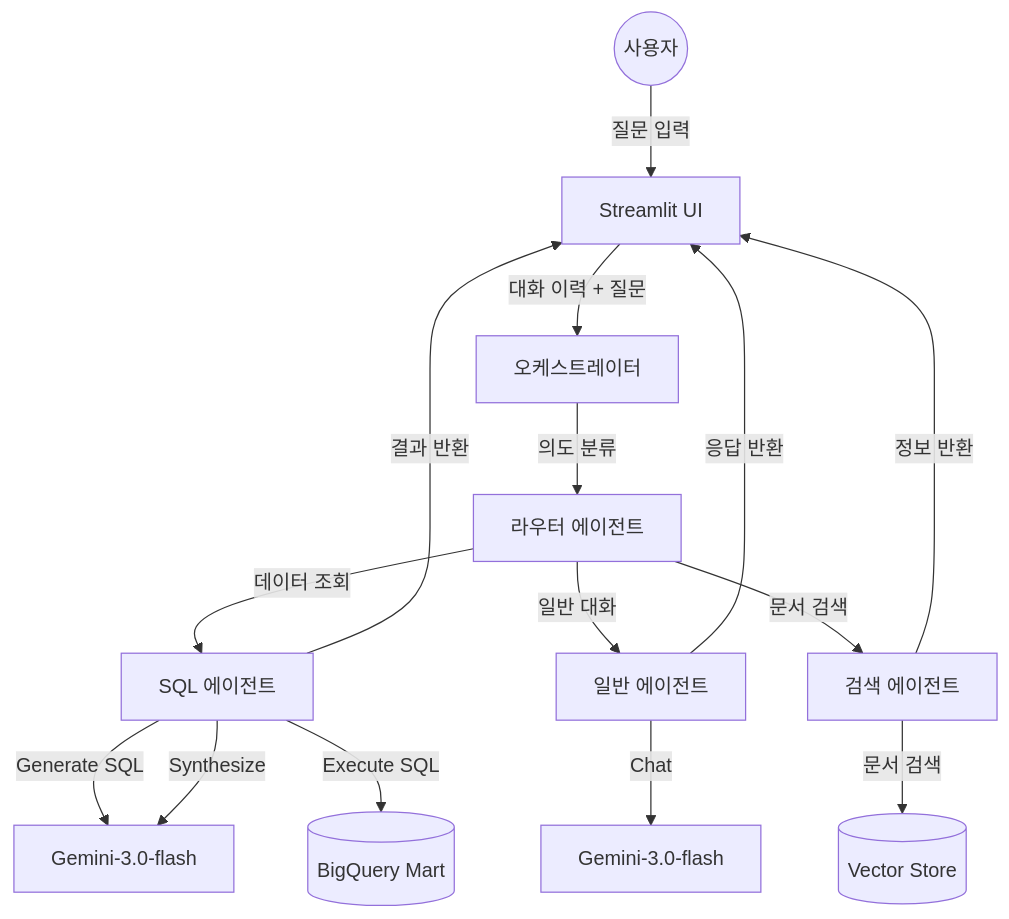
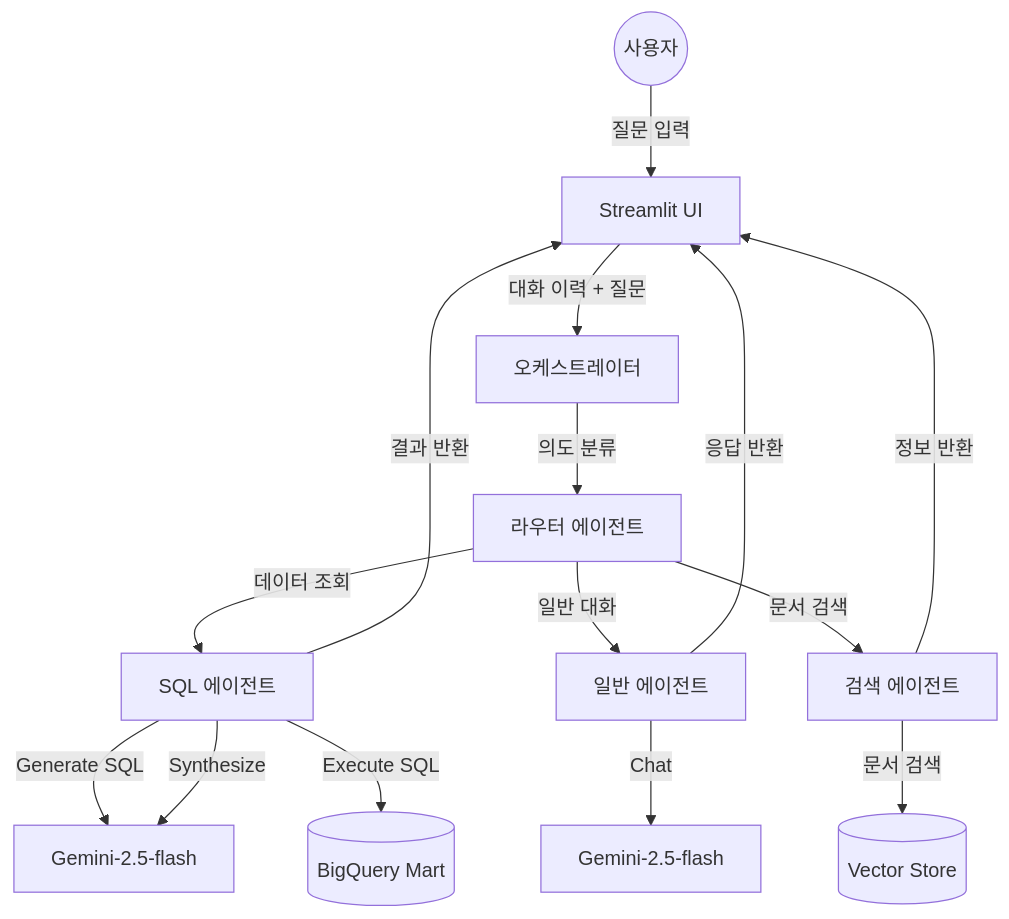
Before and after one commit to jace-jungsoohan/ds_intelligent_assistant: the diagram in SYSTEM_SPEC.md, drawn with Mermaid. The commit also changed other lines of this file and 6 other files, not shown here.

Commit message:
fix(model): rollback to gemini-2.5-flash due to unavailability of 3.0

````diff
--- a/SYSTEM_SPEC.md
+++ b/SYSTEM_SPEC.md
@@ -29,23 +29,23 @@
 ```mermaid
 graph TD
     User((사용자)) -->|질문 입력| UI[Streamlit UI]
     UI -->|대화 이력 + 질문| Orchestrator[오케스트레이터]
     
     Orchestrator -->|의도 분류| Router[라우터 에이전트]
     
     Router -->|데이터 조회| SQL[SQL 에이전트]
     Router -->|일반 대화| General[일반 에이전트]
     Router -->|문서 검색| Retrieval[검색 에이전트]
     
-    SQL -->|Generate SQL| LLM1[Gemini-3.0-flash]
+    SQL -->|Generate SQL| LLM1[Gemini-2.5-flash]
     SQL -->|Execute SQL| BQ[(BigQuery Mart)]
     SQL -->|Synthesize| LLM1
     
-    General -->|Chat| LLM2[Gemini-3.0-flash]
+    General -->|Chat| LLM2[Gemini-2.5-flash]
     
     Retrieval -->|문서 검색| VectorDB[(Vector Store)]
     
     SQL -->|결과 반환| UI
     General -->|응답 반환| UI
     Retrieval -->|정보 반환| UI
 ```
````
